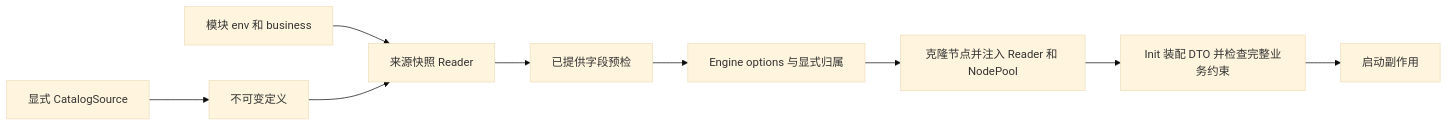
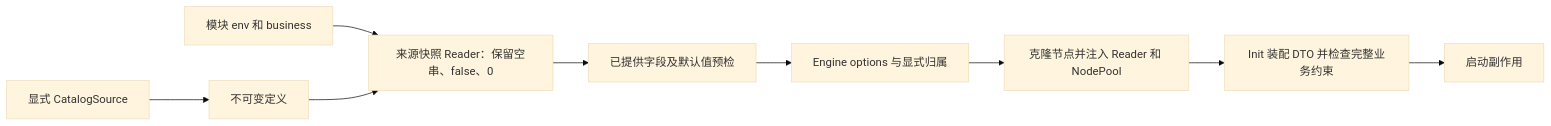
Before and after one commit to neohetj/matrix: the diagram in docs/reference/41_module_configuration_reader.md, drawn with Mermaid (base theme). The commit also changed other lines of this file and 10 other files, not shown here.

````diff
--- a/docs/reference/41_module_configuration_reader.md
+++ b/docs/reference/41_module_configuration_reader.md
@@ -39,11 +46,11 @@
 ```mermaid
 flowchart LR
   C[显式 CatalogSource] --> D[不可变定义]
-  S[模块 env 和 business] --> R[来源快照 Reader]
+  S[模块 env 和 business] --> R[来源快照 Reader：保留空串、false、0]
   D --> R
-  R --> V[已提供字段预检]
+  R --> V[已提供字段及默认值预检]
   V --> O[Engine options 与显式归属]
   O --> N[克隆节点并注入 Reader 和 NodePool]
   N --> I[Init 装配 DTO 并检查完整业务约束]
   I --> E[启动副作用]
 ```
````
